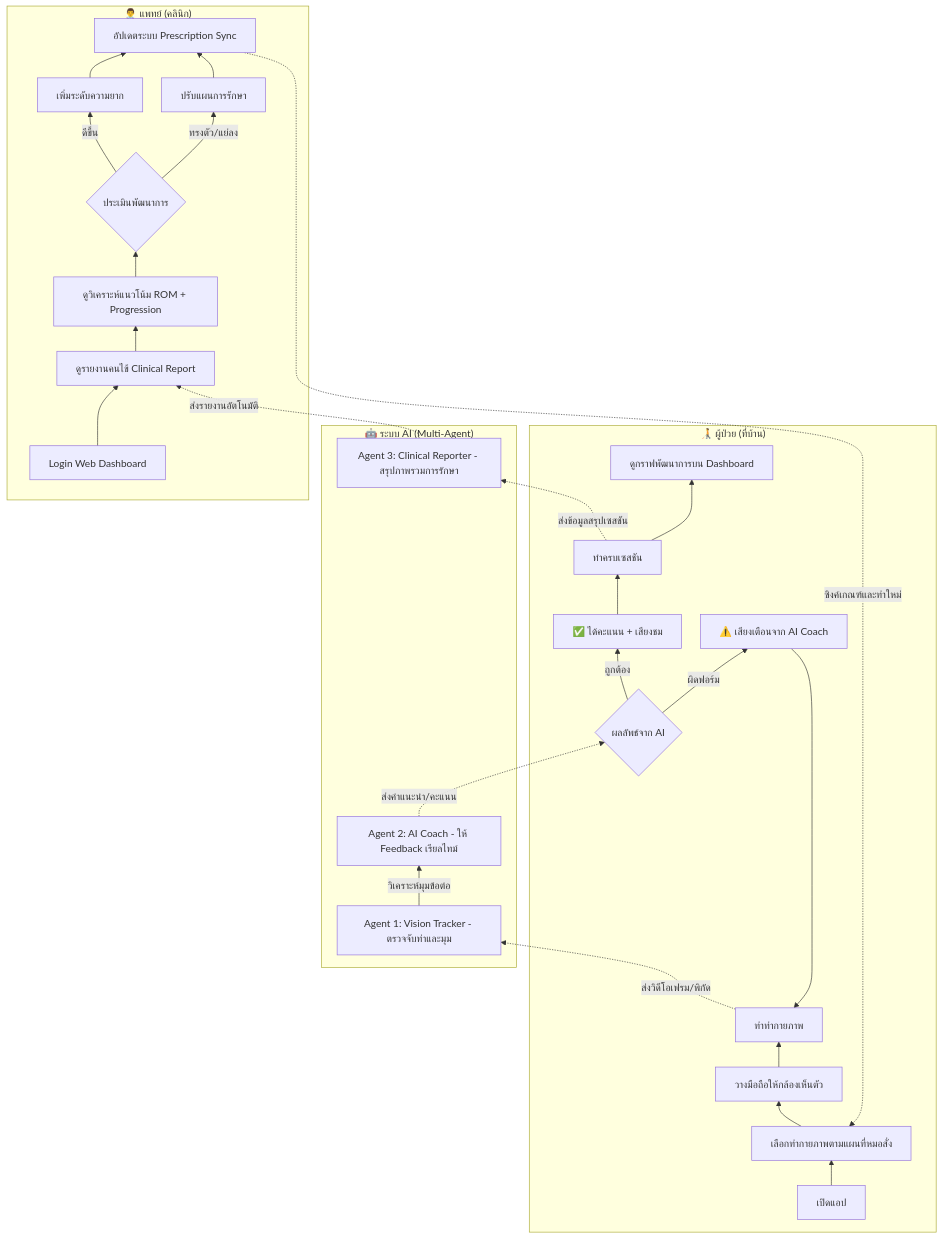
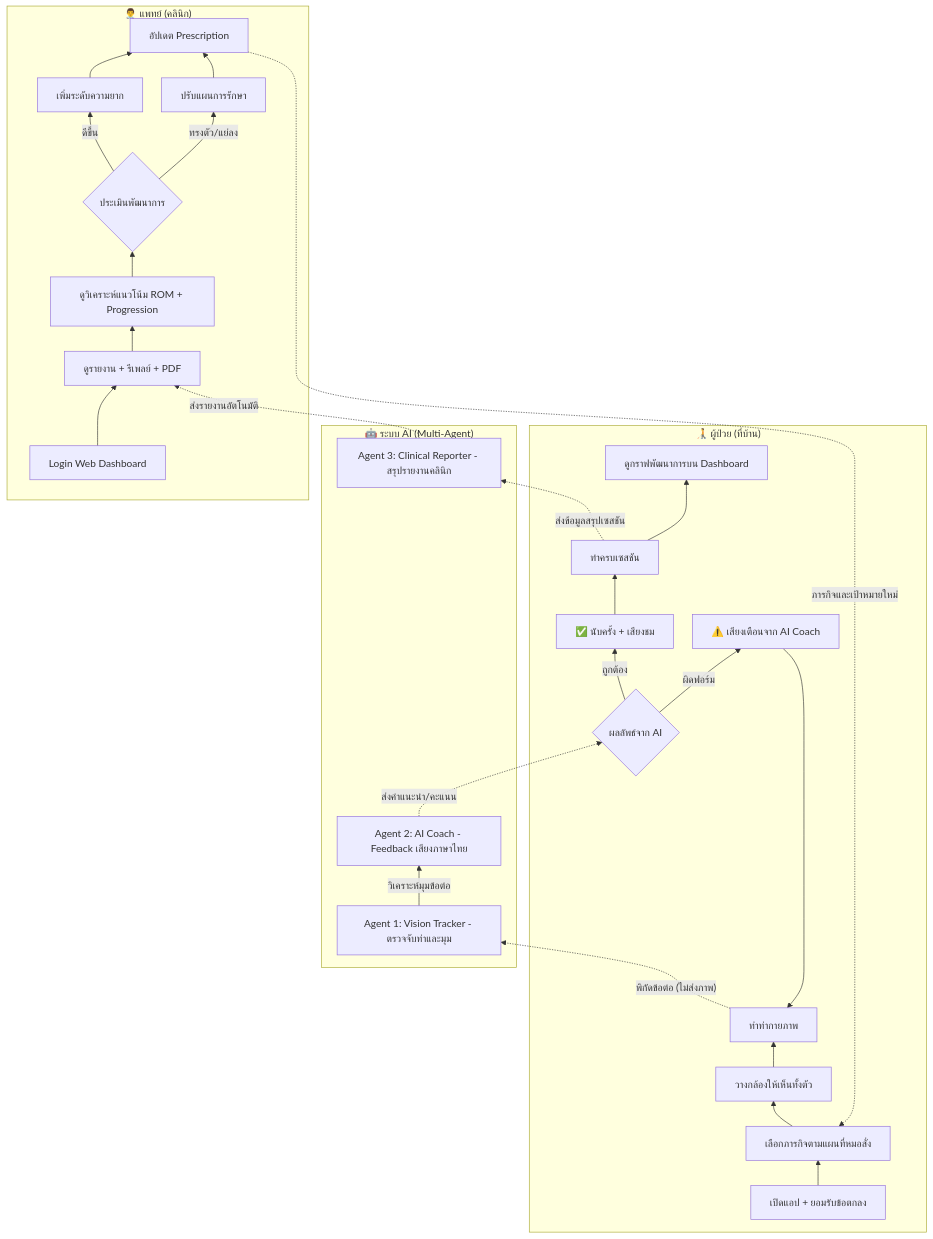
Before and after one commit to Zen-107/pro-310-ps: the diagram in README.md, drawn with Mermaid. The commit also changed other lines of this file and 1 other file, not shown here.

Commit message:
Enhance README.md: Update project name to "AI Physio", add Thai description, and improve clarity on features and system capabilities. Revise pain points and solutions, and refine project roadmap with detailed status for each phase. Include quick start instructions and tech stack overview.

````diff
--- a/README.md
+++ b/README.md
@@ -67,54 +74,53 @@
 ```mermaid
 %%{init: {"flowchart":{"nodeSpacing":30,"rankSpacing":40}}}%%
 flowchart BT
     subgraph Patient ["🧑‍🦯 ผู้ป่วย (ที่บ้าน)"]
-        A["เปิดแอป"]
-        B["เลือกท่ากายภาพตามแผนที่หมอสั่ง"]
-        C["วางมือถือให้กล้องเห็นตัว"]
+        A["เปิดแอป + ยอมรับข้อตกลง"]
+        B["เลือกภารกิจตามแผนที่หมอสั่ง"]
+        C["วางกล้องให้เห็นทั้งตัว"]
         D["ทำท่ากายภาพ"]
         E{"ผลลัพธ์จาก AI"}
-        F["✅ ได้คะแนน + เสียงชม"]
+        F["✅ นับครั้ง + เสียงชม"]
         G["⚠️ เสียงเตือนจาก AI Coach"]
         H["ทำครบเซสชัน"]
         I["ดูกราฟพัฒนาการบน Dashboard"]
     end
     subgraph System ["🤖 ระบบ AI (Multi-Agent)"]
         P["Agent 1: Vision Tracker - ตรวจจับท่าและมุม"]
-        Q["Agent 2: AI Coach - ให้ Feedback เรียลไทม์"]
-        R["Agent 3: Clinical Reporter - สรุปภาพรวมการรักษา"]
+        Q["Agent 2: AI Coach - Feedback เสียงภาษาไทย"]
+        R["Agent 3: Clinical Reporter - สรุปรายงานคลินิก"]
     end
     subgraph Doctor ["👨‍⚕️ แพทย์ (คลินิก)"]
         J["Login Web Dashboard"]
-        K["ดูรายงานคนไข้ Clinical Report"]
+        K["ดูรายงาน + รีเพลย์ + PDF"]
         L["ดูวิเคราะห์แนวโน้ม ROM + Progression"]
         M{"ประเมินพัฒนาการ"}
         N["เพิ่มระดับความยาก"]
         O["ปรับแผนการรักษา"]
-        S["อัปเดตระบบ Prescription Sync"]
+        S["อัปเดต Prescription"]
     end
     A --> B
     B --> C
     C --> D
     E -->|"ถูกต้อง"| F
     E -->|"ผิดฟอร์ม"| G
     F --> H
     G --> D
     H --> I
-    D -.->|"ส่งวิดีโอเฟรม/พิกัด"| P
+    D -.->|"พิกัดข้อต่อ (ไม่ส่งภาพ)"| P
     P -->|"วิเคราะห์มุมข้อต่อ"| Q
     Q -.->|"ส่งคำแนะนำ/คะแนน"| E
     H -.->|"ส่งข้อมูลสรุปเซสชัน"| R
     J --> K
     R -.->|"ส่งรายงานอัตโนมัติ"| K
     K --> L
     L --> M
     M -->|"ดีขึ้น"| N
     M -->|"ทรงตัว/แย่ลง"| O
     N --> S
     O --> S
-    S -.->|"ซิงค์เกณฑ์และท่าใหม่"| B
+    S -.->|"ภารกิจและเป้าหมายใหม่"| B
     classDef patientStyle fill:#e1f5ff,stroke:#0288d1,color:#01579b,stroke-width:2px
     classDef systemStyle fill:#f3e5f5,stroke:#7b1fa2,color:#4a148c,stroke-width:2px
     classDef doctorStyle fill:#ffebee,stroke:#d32f2f,color:#b71c1c,stroke-width:2px
-    %% mermaid-flow:pos A=426,1335 B=426,1251 C=493,1167 D=493,1083 E=601,817 F=611,719 G=237,719 H=611,635 I=888,551 P=1318,1070 Q=1318,986 R=1318,622 J=1937,1065 K=1782,981 L=1782,897 M=1782,799 N=1887,701 O=1723,701 S=1737,625
 ```
````
